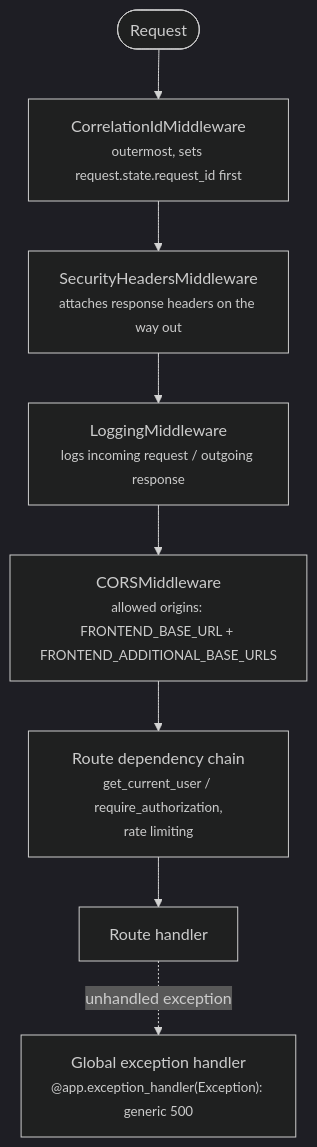
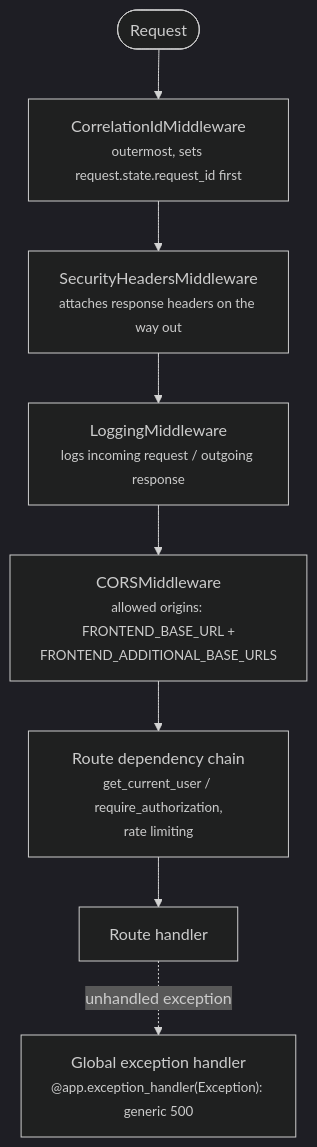
One commit to Nachiket-2024/mystic-auth changed the diagram in docs/mystic_auth/architecture/backend.md. Above: the diagram before and after it, drawn with Mermaid (dark theme). The commit also changed other lines of this file and 305 other files, not shown here.

````diff
--- a/docs/mystic_auth/architecture/backend.md
+++ b/docs/mystic_auth/architecture/backend.md
@@ -33,14 +33,14 @@
 ```mermaid
 flowchart TD
     Request(["Request"])
     Correlation["CorrelationIdMiddleware<br/><small>outermost, sets request.state.request_id first</small>"]
     Security["SecurityHeadersMiddleware<br/><small>attaches response headers on the way out</small>"]
     Logging["LoggingMiddleware<br/><small>logs incoming request / outgoing response</small>"]
-    Cors["CORSMiddleware<br/><small>allowed origins: FRONTEND_BASE_URL + FRONTEND_ADDITIONAL_BASE_URLS</small>"]
+    Cors["CORSMiddleware<br/><small>allowed origins: FRONTEND_BASE_URL +<br/>FRONTEND_ADDITIONAL_BASE_URLS</small>"]
     Deps["Route dependency chain<br/><small>get_current_user / require_authorization,<br/>rate limiting</small>"]
     Handler["Route handler"]
     Error["Global exception handler<br/><small>@app.exception_handler(Exception): generic 500</small>"]
 
     Request --> Correlation --> Security --> Logging --> Cors --> Deps --> Handler
     Handler -. "unhandled exception" .-> Error
 ```
````
